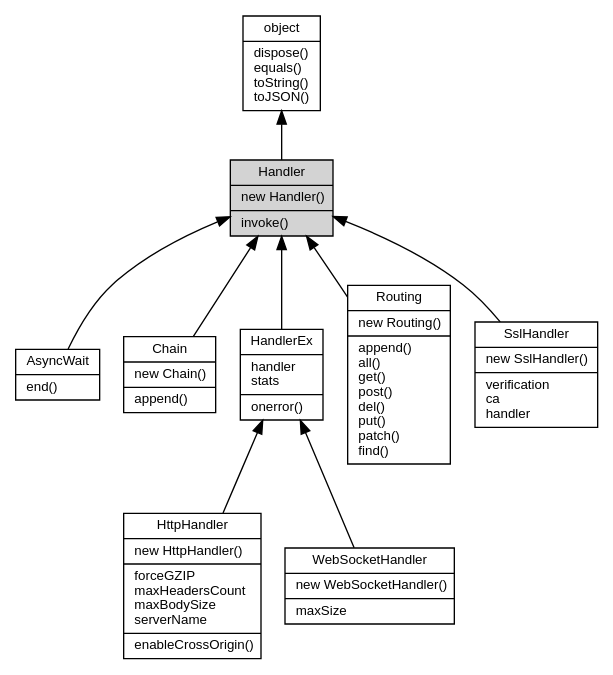
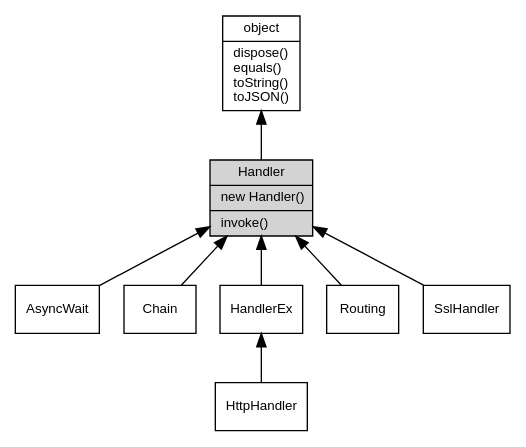
Before and after one commit to fibjs/fibjs.org: the diagram in docs/manual/object/ifs/Handler.md, drawn with Graphviz. The commit also changed 289 other files, not shown here.

````diff
--- a/docs/manual/object/ifs/Handler.md
+++ b/docs/manual/object/ifs/Handler.md
@@ -5,24 +5,22 @@
 ```dot
 digraph {
     node [fontname="Helvetica,sans-Serif", fontsize=10, shape="record", style="filled", fillcolor="white"];
 
     object [tooltip="object", URL="object.md", label="{object|dispose()\lequals()\ltoString()\ltoJSON()\l}"];
-    Handler [tooltip="Handler", fillcolor="lightgray", label="{Handler|new Handler()\l|invoke()\l}"];
-    AsyncWait [tooltip="AsyncWait", URL="AsyncWait.md", label="{AsyncWait|end()\l}"];
-    Chain [tooltip="Chain", URL="Chain.md", label="{Chain|new Chain()\l|append()\l}"];
-    HandlerEx [tooltip="HandlerEx", URL="HandlerEx.md", label="{HandlerEx|handler\lstats\l|onerror()\l}"];
-    HttpHandler [tooltip="HttpHandler", URL="HttpHandler.md", label="{HttpHandler|new HttpHandler()\l|forceGZIP\lmaxHeadersCount\lmaxBodySize\lserverName\l|enableCrossOrigin()\l}"];
-    WebSocketHandler [tooltip="WebSocketHandler", URL="WebSocketHandler.md", label="{WebSocketHandler|new WebSocketHandler()\l|maxSize\l}"];
-    Routing [tooltip="Routing", URL="Routing.md", label="{Routing|new Routing()\l|append()\lall()\lget()\lpost()\ldel()\lput()\lpatch()\lfind()\l}"];
-    SslHandler [tooltip="SslHandler", URL="SslHandler.md", label="{SslHandler|new SslHandler()\l|verification\lca\lhandler\l}"];
+    Handler [tooltip="Handler", fillcolor="lightgray", id="me", label="{Handler|new Handler()\l|invoke()\l}"];
+    AsyncWait [tooltip="AsyncWait", URL="AsyncWait.md", label="{AsyncWait}"];
+    Chain [tooltip="Chain", URL="Chain.md", label="{Chain}"];
+    HandlerEx [tooltip="HandlerEx", URL="HandlerEx.md", label="{HandlerEx}"];
+    HttpHandler [tooltip="HttpHandler", URL="HttpHandler.md", label="{HttpHandler}"];
+    Routing [tooltip="Routing", URL="Routing.md", label="{Routing}"];
+    SslHandler [tooltip="SslHandler", URL="SslHandler.md", label="{SslHandler}"];
 
     object -> Handler [dir=back];
     Handler -> AsyncWait [dir=back];
     Handler -> Chain [dir=back];
     Handler -> HandlerEx [dir=back];
     HandlerEx -> HttpHandler [dir=back];
-    HandlerEx -> WebSocketHandler [dir=back];
     Handler -> Routing [dir=back];
     Handler -> SslHandler [dir=back];
 }
 ```
````
